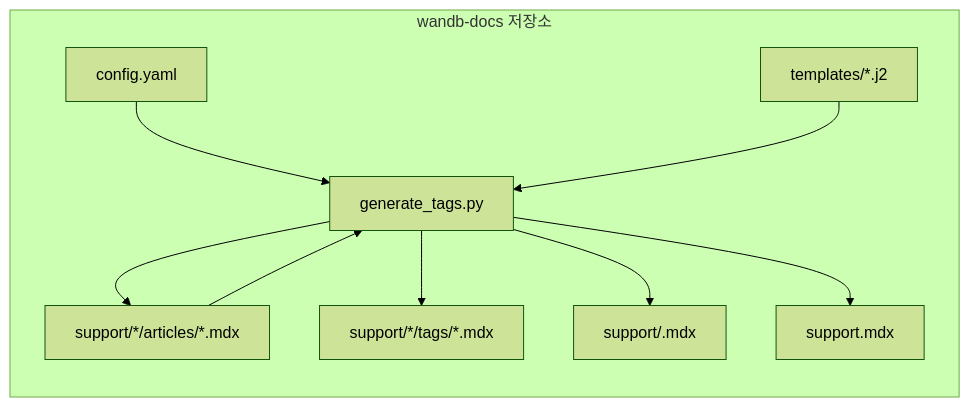
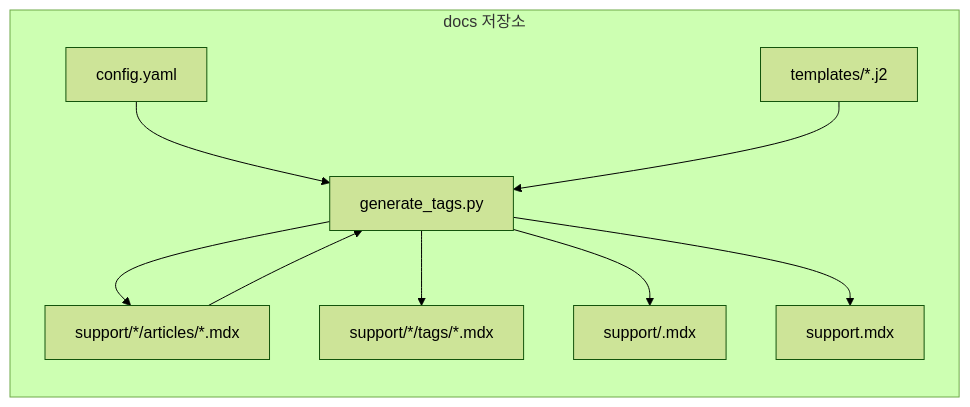
The first of 4 diagrams in ko/scripts/knowledgebase-nav/Architecture.md (wandb/docs), drawn with Mermaid (forest theme) before and after one commit. The commit also changed other lines of this file and 3 other files, not shown here.

````diff
--- a/ko/scripts/knowledgebase-nav/Architecture.md
+++ b/ko/scripts/knowledgebase-nav/Architecture.md
@@ -23,19 +23,19 @@
 ```mermaid
 flowchart LR
-  subgraph repo ["wandb-docs 저장소"]
+  subgraph repo ["docs 저장소"]
     CFG["config.yaml"]
     TPL["templates/*.j2"]
     ART["support/*/articles/*.mdx"]
     GEN["generate_tags.py"]
     OUT1["support/*/tags/*.mdx"]
     OUT2["support/<product>.mdx"]
     SM["support.mdx"]
   end
   CFG --> GEN
   TPL --> GEN
   ART --> GEN
   GEN --> OUT1
   GEN --> OUT2
   GEN --> SM
   GEN --> ART
 ```
````
